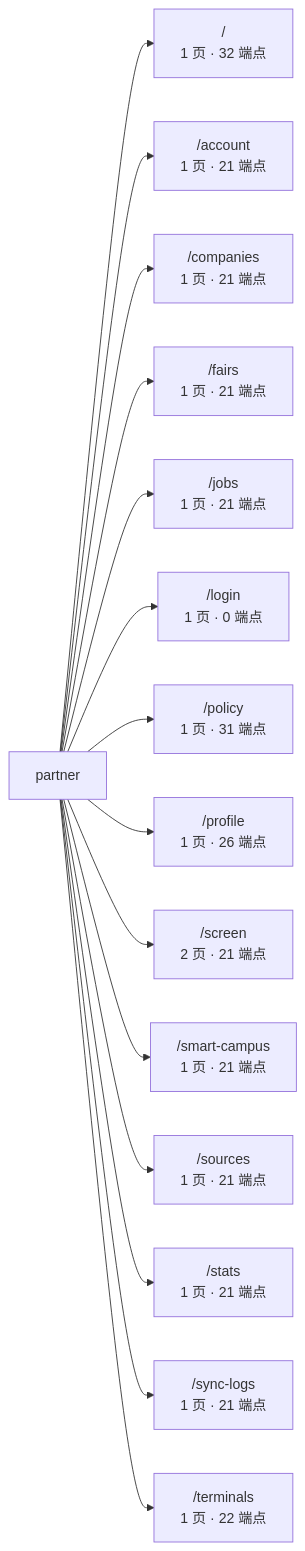
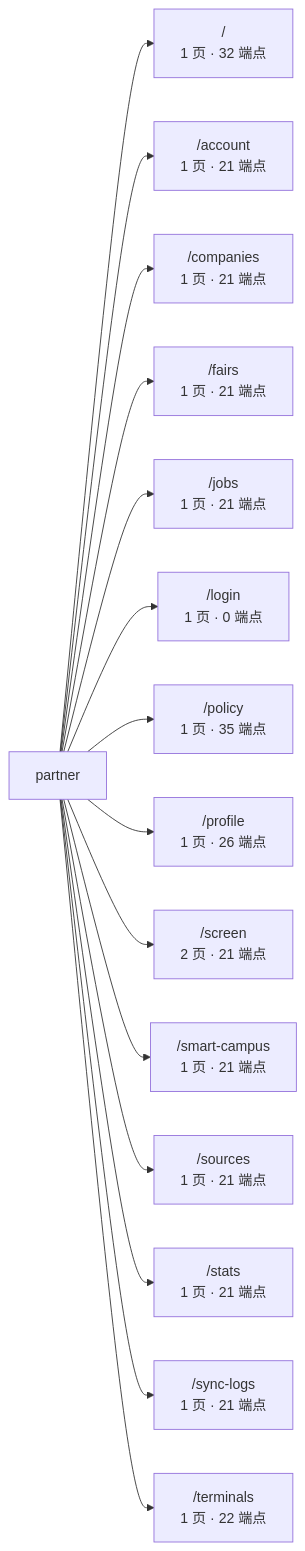
One commit to wanglei581/YITIJI changed the third of 3 diagrams in docs/graph/routes.md. Above: the diagram before and after it, drawn with Mermaid. The commit also changed other lines of this file and 134 other files, not shown here.

````diff
--- a/docs/graph/routes.md
+++ b/docs/graph/routes.md
@@ -443,18 +443,18 @@
 ```mermaid
 flowchart LR
   app["partner"]
   app --> _root_["/<br/>1 页 · 32 端点"]
   app --> account["/account<br/>1 页 · 21 端点"]
   app --> companies["/companies<br/>1 页 · 21 端点"]
   app --> fairs["/fairs<br/>1 页 · 21 端点"]
   app --> jobs["/jobs<br/>1 页 · 21 端点"]
   app --> login["/login<br/>1 页 · 0 端点"]
-  app --> policy["/policy<br/>1 页 · 31 端点"]
+  app --> policy["/policy<br/>1 页 · 35 端点"]
   app --> profile["/profile<br/>1 页 · 26 端点"]
   app --> screen["/screen<br/>2 页 · 21 端点"]
   app --> smart_campus["/smart-campus<br/>1 页 · 21 端点"]
   app --> sources["/sources<br/>1 页 · 21 端点"]
   app --> stats["/stats<br/>1 页 · 21 端点"]
   app --> sync_logs["/sync-logs<br/>1 页 · 21 端点"]
   app --> terminals["/terminals<br/>1 页 · 22 端点"]
 ```
````
